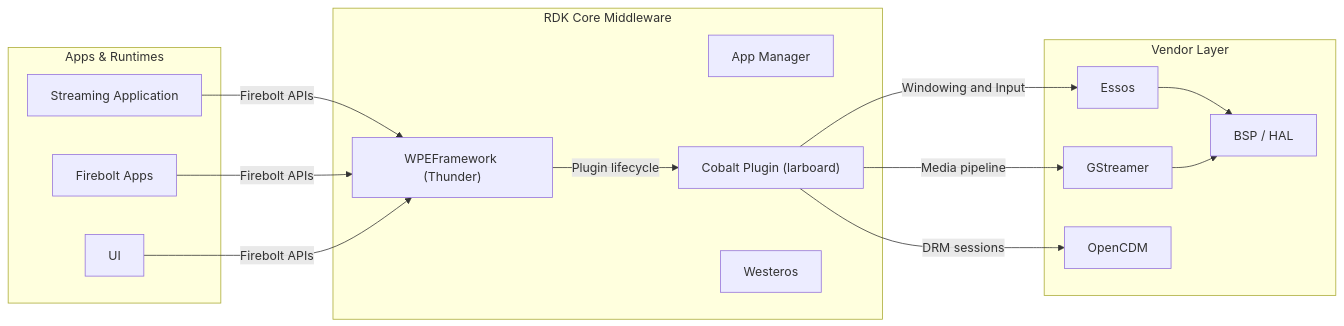
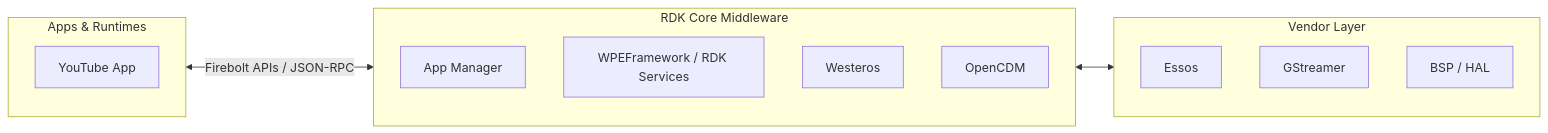
One commit to rns21/RDK_Documentation changed the first of 7 diagrams in docs/docu/RDKV-Documentations/larboard.md. Above: the diagram before and after it, drawn with Mermaid. The commit also changed other lines of this file, not shown here.

Commit message:
addressed internal review comments

````diff
--- a/docs/docu/RDKV-Documentations/larboard.md
+++ b/docs/docu/RDKV-Documentations/larboard.md
@@ -9,37 +9,27 @@
 ```mermaid
 flowchart LR
 
 classDef Apps stroke:#00B9F1,fill:#E6F7FD,stroke-width:2px
 classDef RDKMW stroke:#75D701,fill:#F1FFE6,stroke-width:2px
 classDef VL stroke:#808080,fill:#F2F2F2,stroke-width:2px
 
     subgraph Apps["Apps & Runtimes"]
-        StreamApp["Streaming Application"]
-        FBApps["Firebolt Apps"]
-        RDKUI["UI"]
+        YouTubeApp["YouTube App"]
     end
 
     subgraph RDKMW["RDK Core Middleware"]
         AM["App Manager"]
-        Thunder["WPEFramework (Thunder)"]
-        CobaltPlugin["Cobalt Plugin (larboard)"]
+        Thunder["WPEFramework / RDK Services"]
         Westeros["Westeros"]
+        OCDM_MW["OpenCDM"]
     end
 
     subgraph VL["Vendor Layer"]
         Essos["Essos"]
         GStreamer["GStreamer"]
-        OCDM["OpenCDM"]
         BSP["BSP / HAL"]
     end
 
-    StreamApp -->|Firebolt APIs| Thunder
-    FBApps -->|Firebolt APIs| Thunder
-    RDKUI -->|Firebolt APIs| Thunder
-    Thunder -->|Plugin lifecycle| CobaltPlugin
-    CobaltPlugin -->|Windowing and Input| Essos
-    CobaltPlugin -->|Media pipeline| GStreamer
-    CobaltPlugin -->|DRM sessions| OCDM
-    Essos --> BSP
-    GStreamer --> BSP
+    Apps <-->|"Firebolt APIs / JSON-RPC"| RDKMW
+    RDKMW <--> VL
 ```
````
